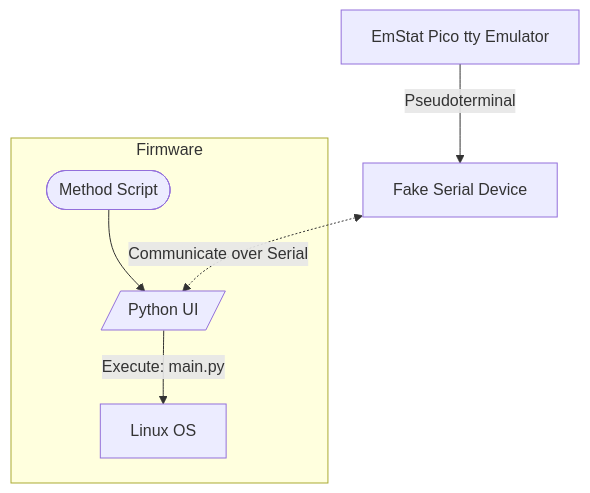
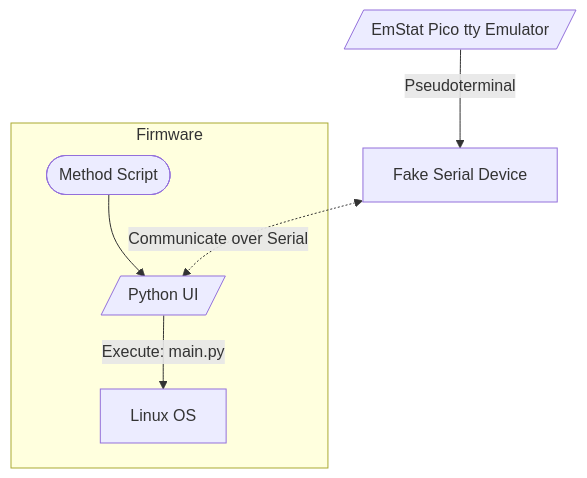
Before and after one commit to krishangarg2020/Genotyper-Firmware: the third of 3 diagrams in standalone/eSNPdetector/README.md, drawn with Mermaid.

Commit message:
doc: minor correction

````diff
--- a/standalone/eSNPdetector/README.md
+++ b/standalone/eSNPdetector/README.md
@@ -83,13 +83,13 @@
 ```mermaid
 flowchart TD
 
-E[EmStat Pico tty Emulator] --> | Pseudoterminal | Fake[Fake Serial Device]
+E[/EmStat Pico tty Emulator/] --> | Pseudoterminal | Fake[Fake Serial Device]
 
 subgraph Firmware
 P[/Python UI/] --> | Execute: main.py | Linux
 M([Method Script]) --> P
 Linux[Linux OS]
 end
 
 Fake <-.-> | Communicate over Serial | P
 ```
````
